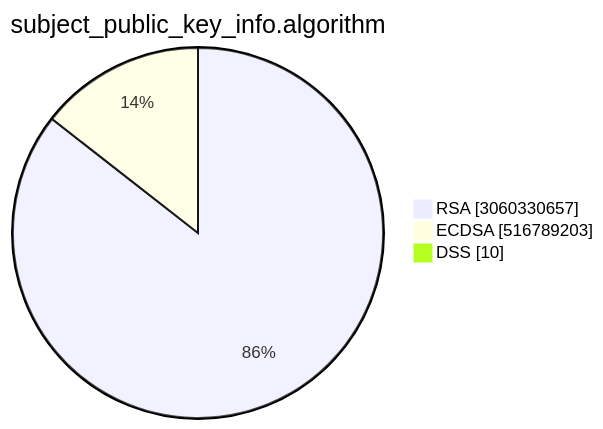
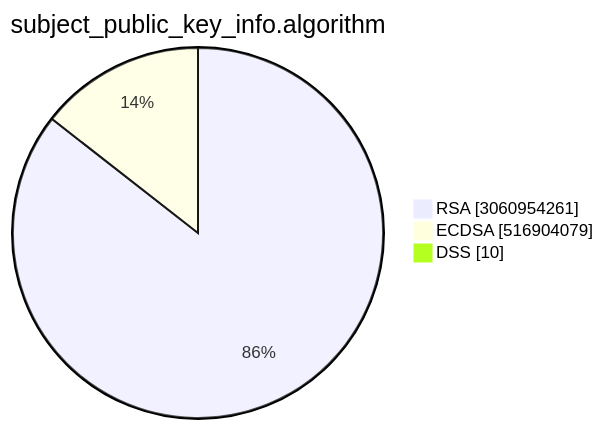
One commit to christiankrug/ctmonitor_visualization changed the second of 15 diagrams in TOTAL/README.md. Above: the diagram before and after it, drawn with Mermaid. The commit also changed other lines of this file, not shown here.

````diff
--- a/TOTAL/README.md
+++ b/TOTAL/README.md
@@ -6,7 +6,7 @@
 ```mermaid
 pie showData
 title subject_public_key_info.algorithm
-"RSA" :3060330657
-"ECDSA" :516789203
+"RSA" :3060954261
+"ECDSA" :516904079
 "DSS" :10
 ```
````
